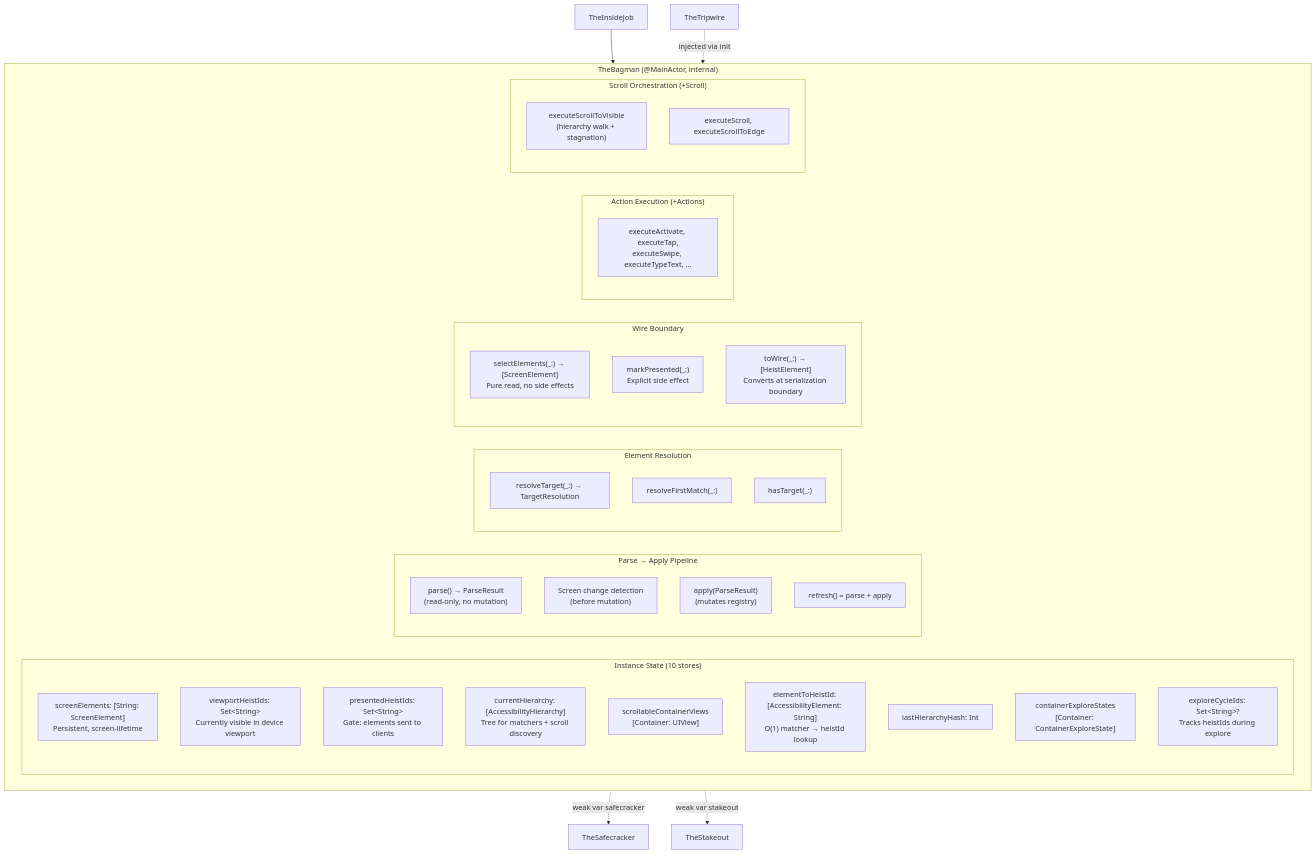
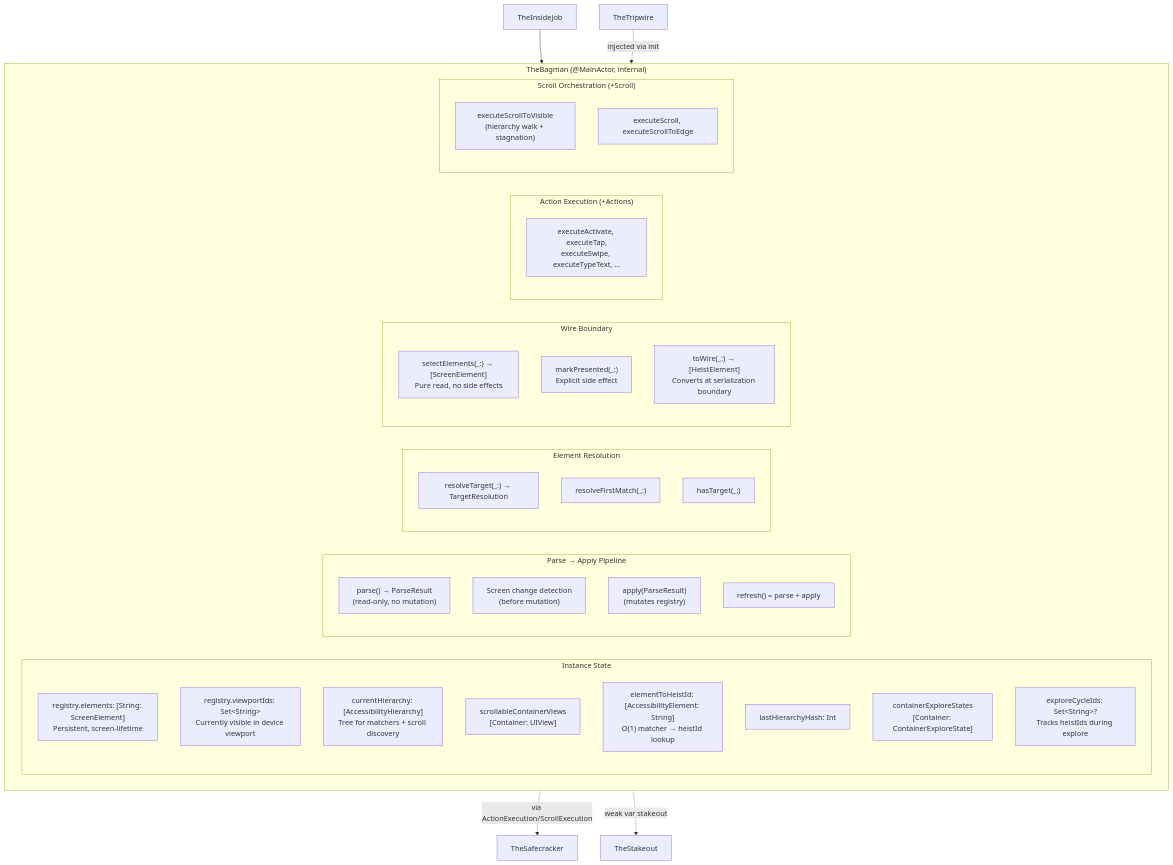
One commit to RoyalPineapple/TheButtonHeist changed the second of 7 diagrams in docs/dossiers/13-THEBAGMAN.md. Above: the diagram before and after it, drawn with Mermaid. The commit also changed other lines of this file and 25 other files, not shown here.

````diff
--- a/docs/dossiers/13-THEBAGMAN.md
+++ b/docs/dossiers/13-THEBAGMAN.md
@@ -66,49 +66,48 @@
 ```mermaid
 graph TD
     subgraph TheBagman["TheBagman (@MainActor, internal)"]
-        subgraph Stores["Instance State (10 stores)"]
-            Registry["screenElements: [String: ScreenElement]<br/>Persistent, screen-lifetime"]
-            Viewport["viewportHeistIds: Set&lt;String&gt;<br/>Currently visible in device viewport"]
-            Presented["presentedHeistIds: Set&lt;String&gt;<br/>Gate: elements sent to clients"]
+        subgraph Stores["Instance State"]
+            Registry["registry.elements: [String: ScreenElement]<br/>Persistent, screen-lifetime"]
+            Viewport["registry.viewportIds: Set&lt;String&gt;<br/>Currently visible in device viewport"]
             Hierarchy["currentHierarchy: [AccessibilityHierarchy]<br/>Tree for matchers + scroll discovery"]
             ScrollViews["scrollableContainerViews<br/>[Container: UIView]"]
             ReverseIdx["elementToHeistId: [AccessibilityElement: String]<br/>O(1) matcher → heistId lookup"]
             Hash["lastHierarchyHash: Int"]
             ContainerCache["containerExploreStates<br/>[Container: ContainerExploreState]"]
             ExploreCycle["exploreCycleIds: Set&lt;String&gt;?<br/>Tracks heistIds during explore"]
         end
 
         subgraph Pipeline["Parse → Apply Pipeline"]
             Parse["parse() → ParseResult<br/>(read-only, no mutation)"]
             Detect["Screen change detection<br/>(before mutation)"]
             Apply["apply(ParseResult)<br/>(mutates registry)"]
             Refresh["refresh() = parse + apply"]
         end
 
         subgraph Resolution["Element Resolution"]
             ResolveTarget["resolveTarget(_:) → TargetResolution"]
             ResolveFirstMatch["resolveFirstMatch(_:)"]
             HasTarget["hasTarget(_:)"]
         end
 
         subgraph Wire["Wire Boundary"]
             Select["selectElements(_:) → [ScreenElement]<br/>Pure read, no side effects"]
             Mark["markPresented(_:)<br/>Explicit side effect"]
             ToWire["toWire(_:) → [HeistElement]<br/>Converts at serialization boundary"]
         end
 
         subgraph Actions["Action Execution (+Actions)"]
             Activate["executeActivate, executeTap,<br/>executeSwipe, executeTypeText, ..."]
         end
 
         subgraph Scrolling["Scroll Orchestration (+Scroll)"]
             ScrollVis["executeScrollToVisible<br/>(hierarchy walk + stagnation)"]
             ScrollCmd["executeScroll, executeScrollToEdge"]
         end
     end
 
     TheInsideJob["TheInsideJob"] --> TheBagman
     TheTripwire["TheTripwire"] -.->|injected via init| TheBagman
-    TheBagman -.->|"weak var safecracker"| TheSafecracker["TheSafecracker"]
+    TheBagman -.->|"via ActionExecution/ScrollExecution"| TheSafecracker["TheSafecracker"]
     TheBagman -.->|"weak var stakeout"| TheStakeout["TheStakeout"]
 ```
````
